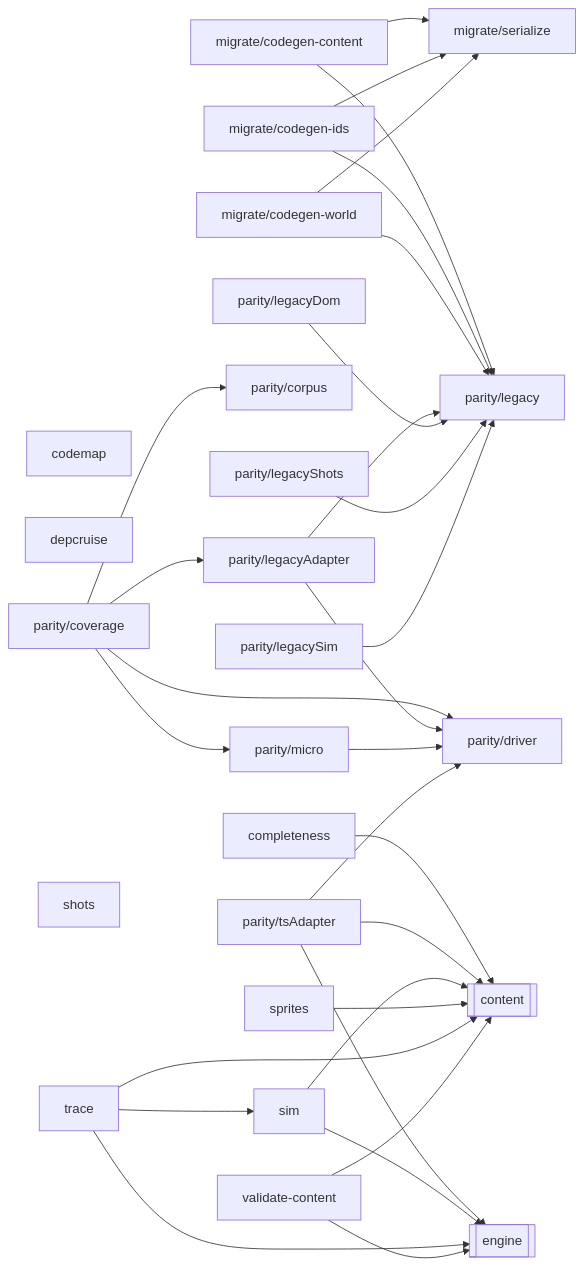
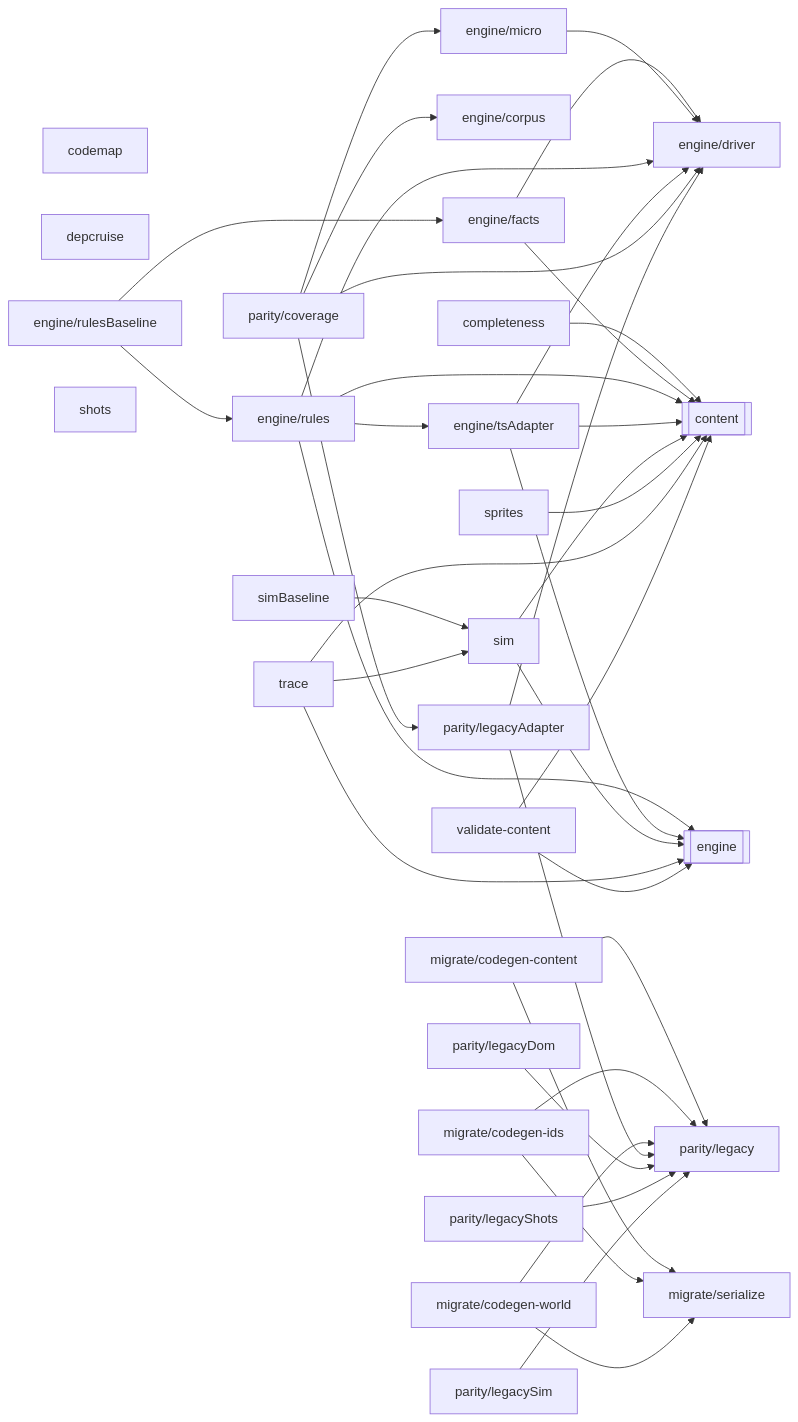
The diagram in docs/reference/code-map/tools.md (OrangeB0lt/Cyber-funk), drawn with Mermaid before and after one commit. The commit also changed other lines of this file and 71 other files, not shown here.

````diff
--- a/docs/reference/code-map/tools.md
+++ b/docs/reference/code-map/tools.md
@@ -11,55 +11,68 @@
 ```mermaid
 flowchart LR
   n_codemap["codemap"]
   n_completeness["completeness"]
   n_depcruise["depcruise"]
+  n_engine_corpus["engine/corpus"]
+  n_engine_driver["engine/driver"]
+  n_engine_facts["engine/facts"]
+  n_engine_micro["engine/micro"]
+  n_engine_rules["engine/rules"]
+  n_engine_rulesBaseline["engine/rulesBaseline"]
+  n_engine_tsAdapter["engine/tsAdapter"]
   n_migrate_codegen_content["migrate/codegen-content"]
   n_migrate_codegen_ids["migrate/codegen-ids"]
   n_migrate_codegen_world["migrate/codegen-world"]
   n_migrate_serialize["migrate/serialize"]
-  n_parity_corpus["parity/corpus"]
   n_parity_coverage["parity/coverage"]
-  n_parity_driver["parity/driver"]
   n_parity_legacy["parity/legacy"]
   n_parity_legacyAdapter["parity/legacyAdapter"]
   n_parity_legacyDom["parity/legacyDom"]
   n_parity_legacyShots["parity/legacyShots"]
   n_parity_legacySim["parity/legacySim"]
-  n_parity_micro["parity/micro"]
-  n_parity_tsAdapter["parity/tsAdapter"]
   n_shots["shots"]
   n_sim["sim"]
+  n_simBaseline["simBaseline"]
   n_sprites["sprites"]
   n_trace["trace"]
   n_validate_content["validate-content"]
   n_ext_content[["content"]]
   n_ext_engine[["engine"]]
   n_completeness --> n_ext_content
+  n_engine_facts --> n_engine_driver
+  n_engine_facts --> n_ext_content
+  n_engine_micro --> n_engine_driver
+  n_engine_rules --> n_engine_driver
+  n_engine_rules --> n_engine_tsAdapter
+  n_engine_rules --> n_ext_content
+  n_engine_rules --> n_ext_engine
+  n_engine_rulesBaseline --> n_engine_facts
+  n_engine_rulesBaseline --> n_engine_rules
+  n_engine_tsAdapter --> n_engine_driver
+  n_engine_tsAdapter --> n_ext_content
+  n_engine_tsAdapter --> n_ext_engine
   n_migrate_codegen_content --> n_migrate_serialize
   n_migrate_codegen_content --> n_parity_legacy
   n_migrate_codegen_ids --> n_migrate_serialize
   n_migrate_codegen_ids --> n_parity_legacy
   n_migrate_codegen_world --> n_migrate_serialize
   n_migrate_codegen_world --> n_parity_legacy
-  n_parity_coverage --> n_parity_corpus
-  n_parity_coverage --> n_parity_driver
+  n_parity_coverage --> n_engine_corpus
+  n_parity_coverage --> n_engine_driver
+  n_parity_coverage --> n_engine_micro
   n_parity_coverage --> n_parity_legacyAdapter
-  n_parity_coverage --> n_parity_micro
-  n_parity_legacyAdapter --> n_parity_driver
+  n_parity_legacyAdapter --> n_engine_driver
   n_parity_legacyAdapter --> n_parity_legacy
   n_parity_legacyDom --> n_parity_legacy
   n_parity_legacyShots --> n_parity_legacy
   n_parity_legacySim --> n_parity_legacy
-  n_parity_micro --> n_parity_driver
-  n_parity_tsAdapter --> n_ext_content
-  n_parity_tsAdapter --> n_ext_engine
-  n_parity_tsAdapter --> n_parity_driver
   n_sim --> n_ext_content
   n_sim --> n_ext_engine
+  n_simBaseline --> n_sim
   n_sprites --> n_ext_content
   n_trace --> n_ext_content
   n_trace --> n_ext_engine
   n_trace --> n_sim
   n_validate_content --> n_ext_content
   n_validate_content --> n_ext_engine
 ```
````
